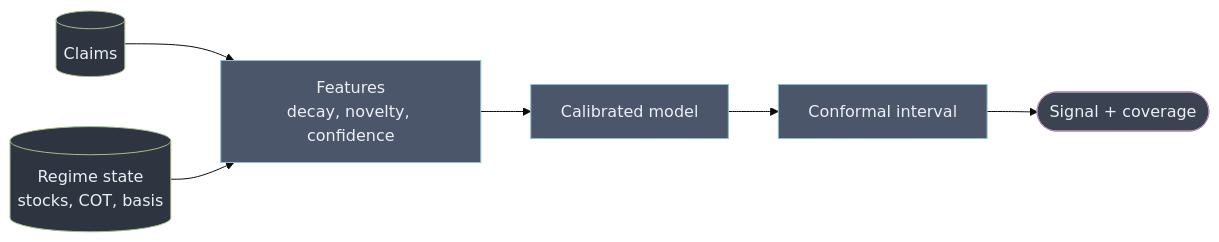
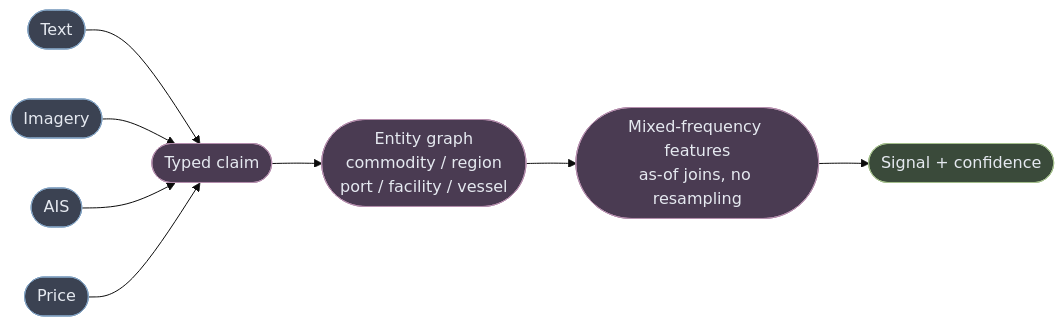
Before and after one commit to rppol/trading-agent: the first of 2 diagrams in docs/ARCHITECTURE.md, drawn with Mermaid (base theme). The commit also changed other lines of this file and 18 other files, not shown here.

````diff
--- a/docs/ARCHITECTURE.md
+++ b/docs/ARCHITECTURE.md
@@ -698,15 +85,16 @@
 ```mermaid
 flowchart LR
-    C[("Claims")] --> F["Features<br/>decay, novelty, confidence"]
-    RG[("Regime state<br/>stocks, COT, basis")] --> F
-    F --> M["Calibrated model"]
-    M --> CP["Conformal interval"]
-    CP --> S(["Signal + coverage"])
-
-    classDef store fill:#2e3440,stroke:#a3be8c,color:#eceff4
-    classDef work fill:#4c566a,stroke:#88c0d0,color:#eceff4
-    classDef out fill:#3b4252,stroke:#b48ead,color:#eceff4
-    class C,RG store
-    class F,M,CP work
-    class S out
+  T([Text]) --> C([Typed claim])
+  I([Imagery]) --> C
+  V([AIS]) --> C
+  P([Price]) --> C
+  C --> E([Entity graph<br/>commodity / region<br/>port / facility / vessel])
+  E --> F([Mixed-frequency features<br/>as-of joins, no resampling])
+  F --> S([Signal + confidence])
+  classDef mod fill:#3b4252,stroke:#81a1c1,color:#e5e9f0
+  classDef core fill:#4a3b52,stroke:#b48ead,color:#e5e9f0
+  classDef out fill:#3a4a3a,stroke:#a3be8c,color:#e5e9f0
+  class T,I,V,P mod
+  class C,E,F core
+  class S out
 ```
````
